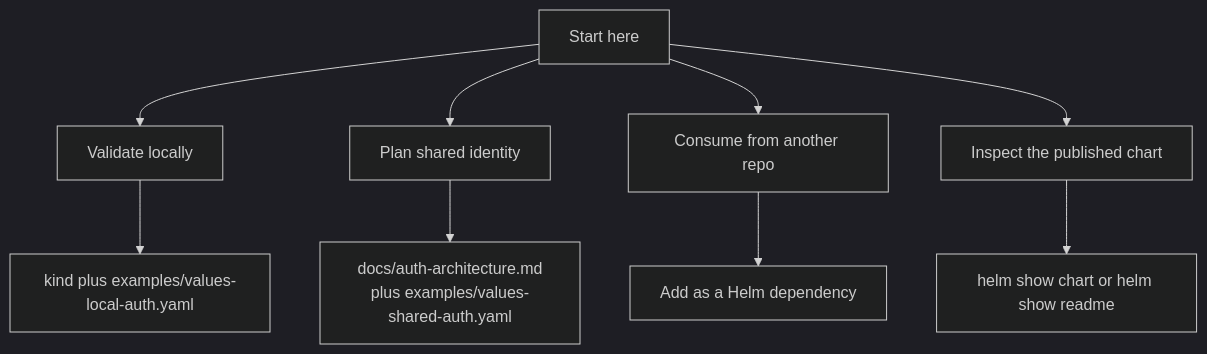
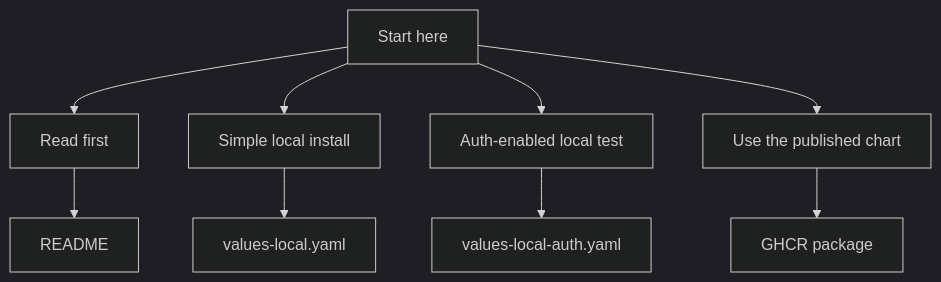
One commit to sanger-pathogens/dlh-in-a-box-umbrella-helm-chart changed the diagram in docs/quickstart.md. Above: the diagram before and after it, drawn with Mermaid (dark theme). The commit also changed other lines of this file and 27 other files, not shown here.

Commit message:
Rewrite and simplify chart documentation

````diff
--- a/docs/quickstart.md
+++ b/docs/quickstart.md
@@ -8,13 +9,12 @@
 ```mermaid
 flowchart TD
-  Start[Start here]
-  Start --> Local[Validate locally]
-  Start --> SharedIdentity[Plan shared identity]
-  Start --> Consume[Consume from another repo]
-  Start --> Inspect[Inspect the published chart]
+  Start[Start here] --> Learn[Read first]
+  Start --> Local[Simple local install]
+  Start --> Smoke[Auth-enabled local test]
+  Start --> Published[Use the published chart]
 
-  Local --> Kind[kind plus examples/values-local-auth.yaml]
-  SharedIdentity --> AuthGuide[docs/auth-architecture.md<br/>plus examples/values-shared-auth.yaml]
-  Consume --> Dependency[Add as a Helm dependency]
-  Inspect --> Show[helm show chart or helm show readme]
+  Learn --> Readme[README]
+  Local --> LocalYaml[values-local.yaml]
+  Smoke --> LocalAuth[values-local-auth.yaml]
+  Published --> OCI[GHCR package]
 ```
````
